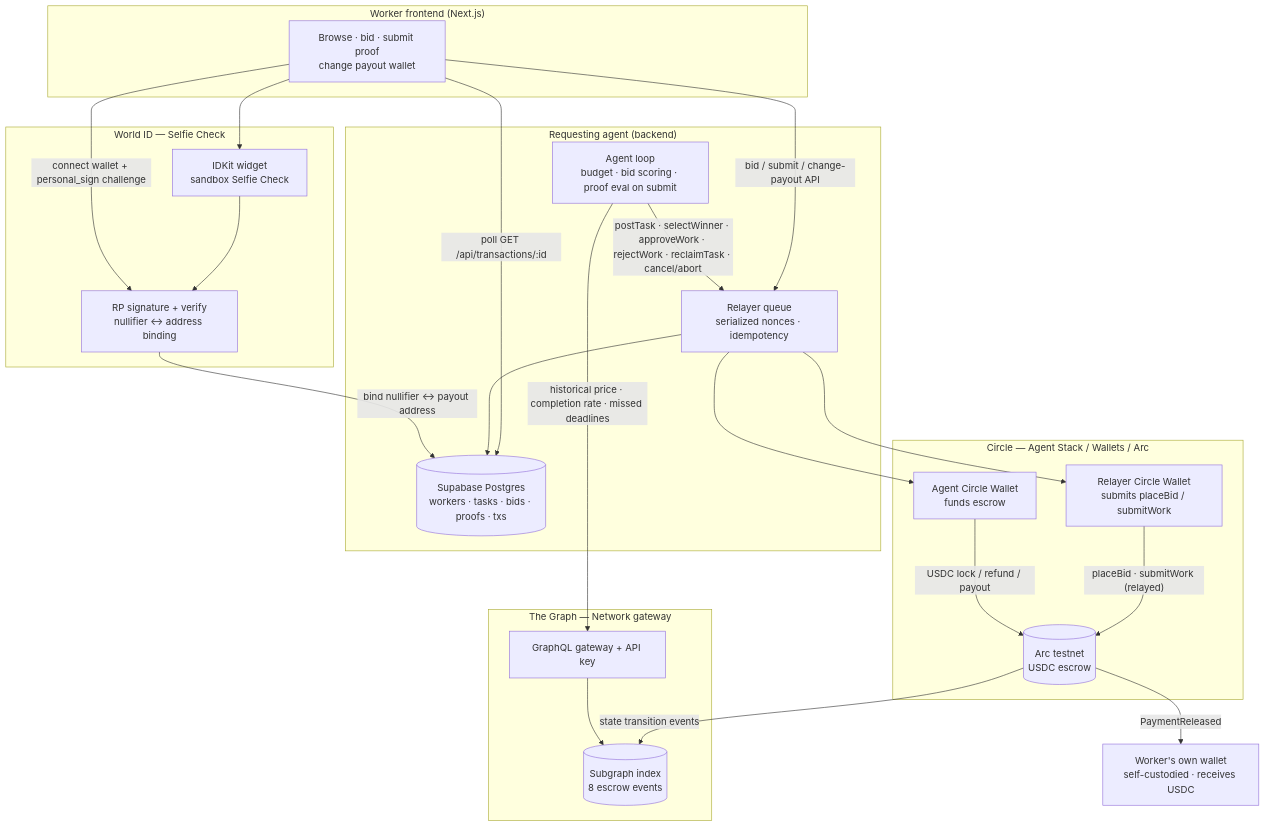
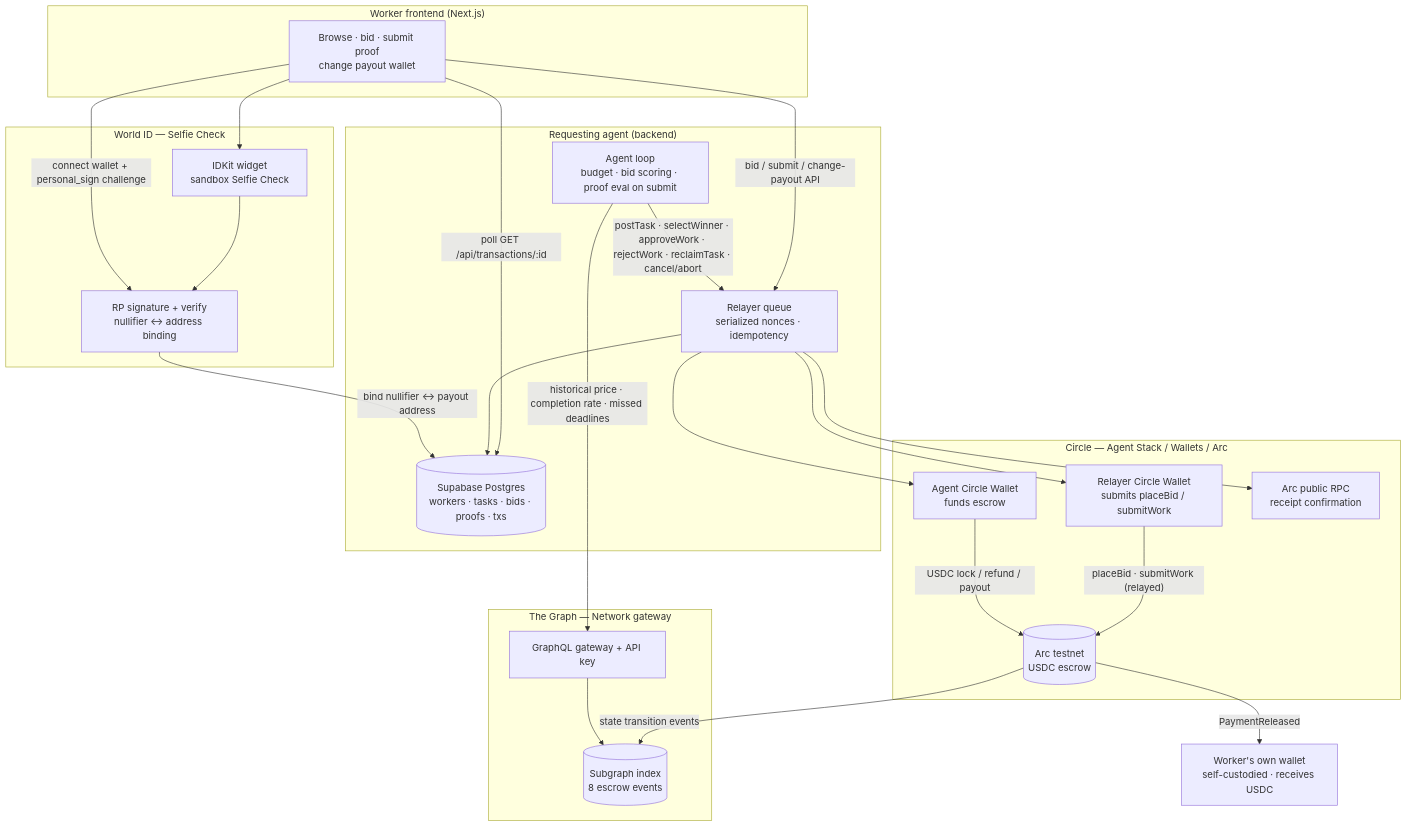
Before and after one commit to Anoop072001/levantate-bridge: the first of 2 diagrams in docs/architecture.md, drawn with Mermaid. The commit also changed other lines of this file and 5 other files, not shown here.

````diff
--- a/docs/architecture.md
+++ b/docs/architecture.md
@@ -7,50 +15,52 @@
 ```mermaid
 flowchart TB
   subgraph Agent["Requesting agent (backend)"]
     AL[Agent loop<br/>budget · bid scoring · proof eval on submit]
     RQ[Relayer queue<br/>serialized nonces · idempotency]
     DB[(Supabase Postgres<br/>workers · tasks · bids · proofs · txs)]
   end
 
   subgraph Circle["Circle — Agent Stack / Wallets / Arc"]
     AW[Agent Circle Wallet<br/>funds escrow]
     RW[Relayer Circle Wallet<br/>submits placeBid / submitWork]
     ARC[(Arc testnet<br/>USDC escrow)]
+    RPC[Arc public RPC<br/>receipt confirmation]
   end
 
   WW[Worker's own wallet<br/>self-custodied · receives USDC]
 
   subgraph WorldID["World ID — Selfie Check"]
     IDK[IDKit widget<br/>sandbox Selfie Check]
     RP[RP signature + verify<br/>nullifier ↔ address binding]
   end
 
   subgraph Graph["The Graph — Network gateway"]
     SG[(Subgraph index<br/>8 escrow events)]
     GQL[GraphQL gateway + API key]
   end
 
   subgraph WorkerUI["Worker frontend (Next.js)"]
     FE[Browse · bid · submit proof<br/>change payout wallet]
   end
 
   AL -->|"postTask · selectWinner · approveWork · rejectWork · reclaimTask · cancel/abort"| RQ
   RQ --> AW
   RQ --> RW
   AW -->|"USDC lock / refund / payout"| ARC
   RW -->|"placeBid · submitWork (relayed)"| ARC
+  RQ --> RPC
 
   FE -->|"connect wallet + personal_sign challenge"| RP
   FE --> IDK
   IDK --> RP
   RP -->|"bind nullifier ↔ payout address"| DB
   FE -->|"bid / submit / change-payout API"| RQ
   RQ --> DB
 
   AL -->|"historical price · completion rate · missed deadlines"| GQL
   GQL --> SG
   ARC -->|"state transition events"| SG
 
   ARC -->|"PaymentReleased"| WW
   FE -->|"poll GET /api/transactions/:id"| DB
 ```
````
